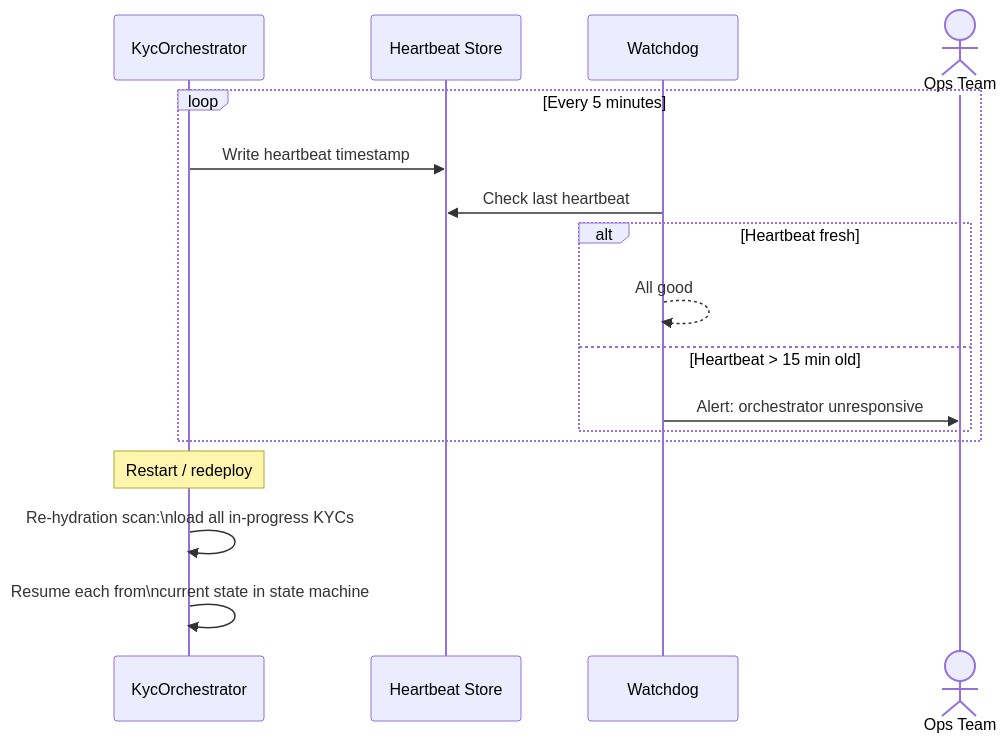
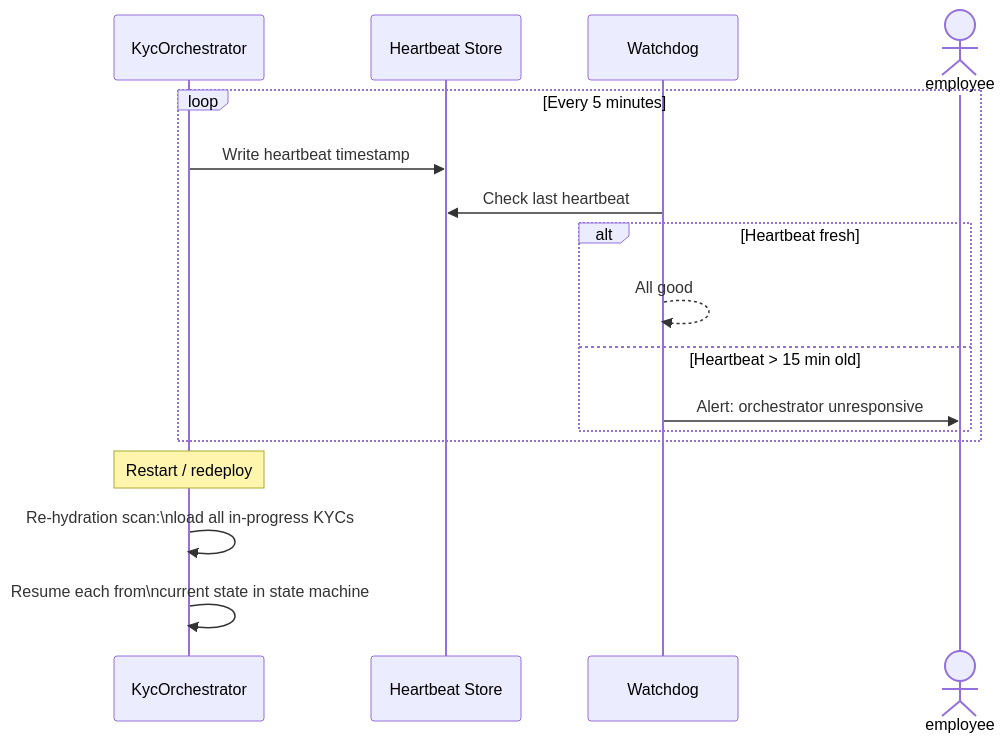
The fifth of 5 diagrams in docs/features/autonomous_kyc_inspector_agent.md (sampadadiwan/IRM_CompanyMain), drawn with Mermaid before and after one commit. The commit also changed other lines of this file and 3 other files, not shown here.

````diff
--- a/docs/features/autonomous_kyc_inspector_agent.md
+++ b/docs/features/autonomous_kyc_inspector_agent.md
@@ -468,21 +479,21 @@
 ```mermaid
 sequenceDiagram
     participant ORC as KycOrchestrator
     participant HB as Heartbeat Store
     participant WD as Watchdog
-    actor OPS as Ops Team
+    actor OPS as employee
 
     loop Every 5 minutes
         ORC->>HB: Write heartbeat timestamp
         WD->>HB: Check last heartbeat
         alt Heartbeat fresh
             WD-->>WD: All good
         else Heartbeat > 15 min old
             WD->>OPS: Alert: orchestrator unresponsive
         end
     end
 
     Note over ORC: Restart / redeploy
     ORC->>ORC: Re-hydration scan:\nload all in-progress KYCs
     ORC->>ORC: Resume each from\ncurrent state in state machine
 ```
````
